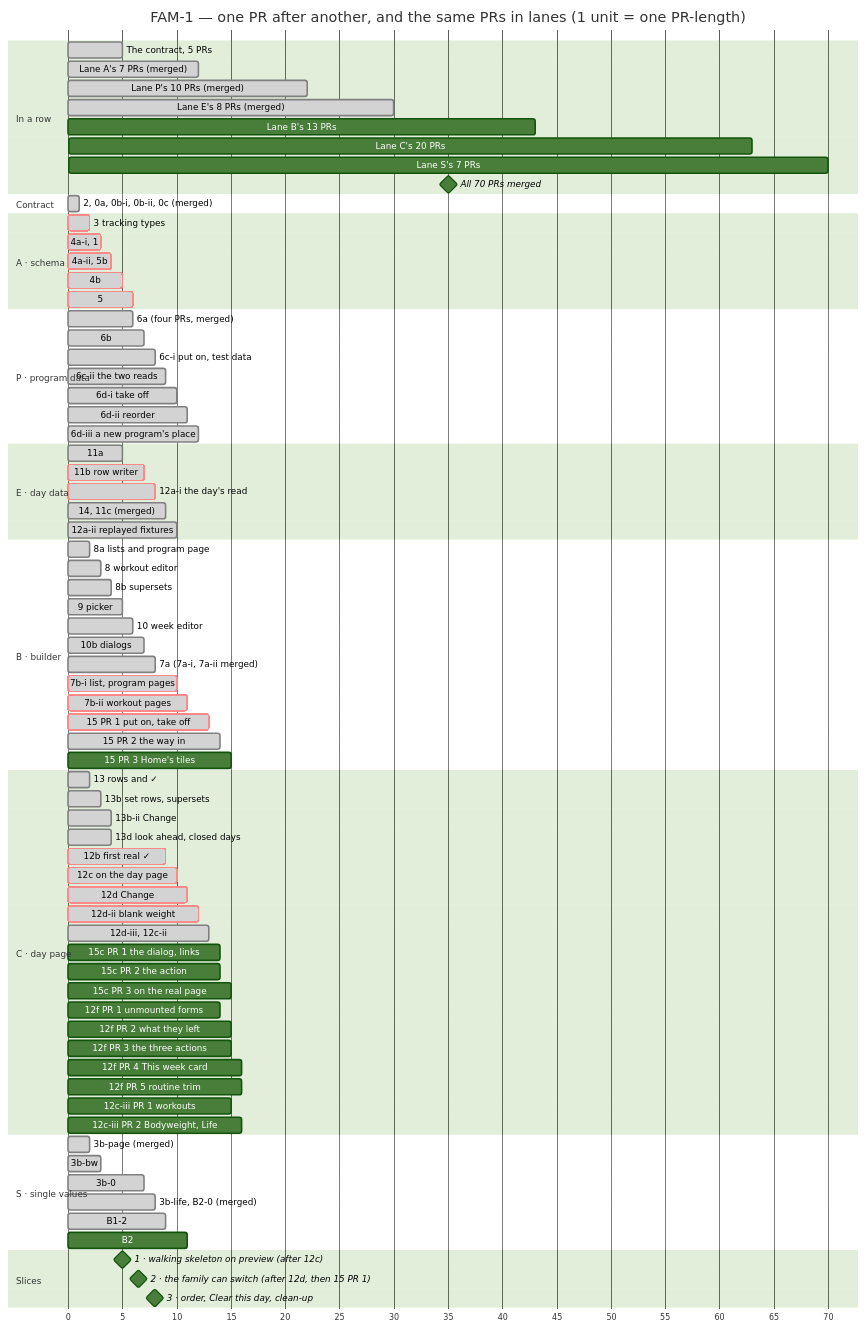
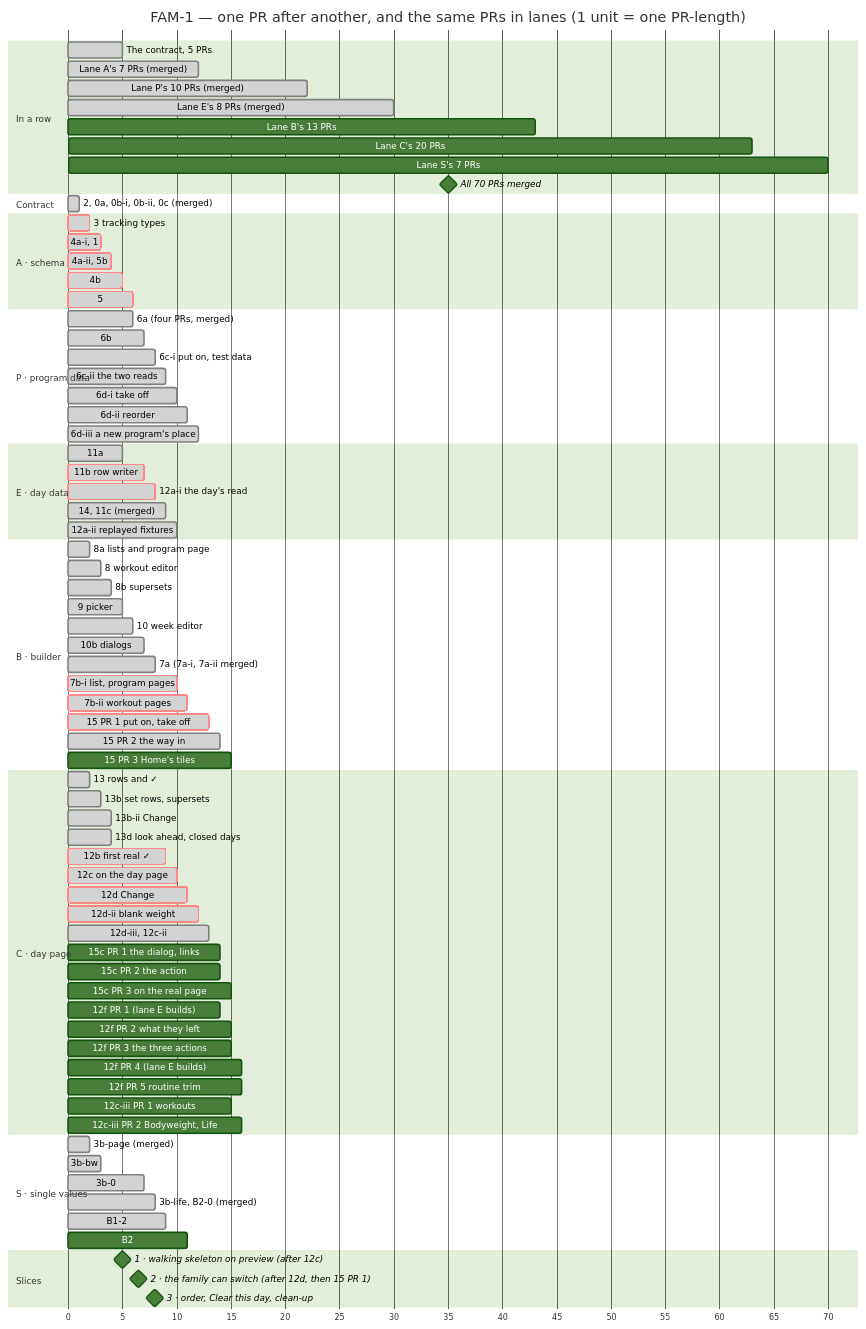
Before and after one commit to ralamode/mat-plan: the second of 2 diagrams in docs/milestones/fam-1-family-program.md, drawn with Mermaid (forest theme). The commit also changed other lines of this file and 2 other files, not shown here.

Commit message:
docs(fam-1-12f): lane e builds 12f pr 1 and pr 4; lane c keeps the other three

```diff
--- a/docs/milestones/fam-1-family-program.md
+++ b/docs/milestones/fam-1-family-program.md
@@ -327,10 +327,10 @@
   15c PR 1 the dialog, links   :c7a, 13, 14
   15c PR 2 the action          :c7b, 13, 14
   15c PR 3 on the real page    :c7c, 14, 15
-  12f PR 1 unmounted forms     :c9a, 13, 14
+  12f PR 1 (lane E builds)     :c9a, 13, 14
   12f PR 2 what they left      :c9b, 14, 15
   12f PR 3 the three actions   :c9c, 14, 15
-  12f PR 4 This week card      :c9d, 15, 16
+  12f PR 4 (lane E builds)     :c9d, 15, 16
   12f PR 5 routine trim        :c9e, 15, 16
   12c-iii PR 1 workouts        :c8a, 14, 15
   12c-iii PR 2 Bodyweight, Life :c8b, 15, 16
```
